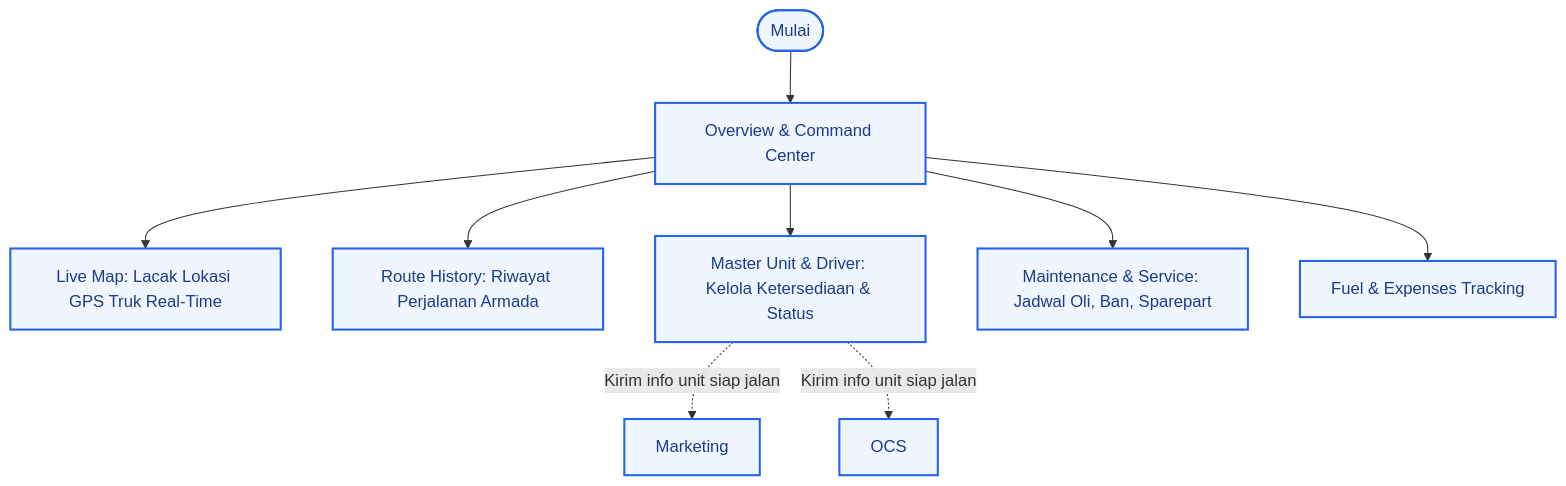
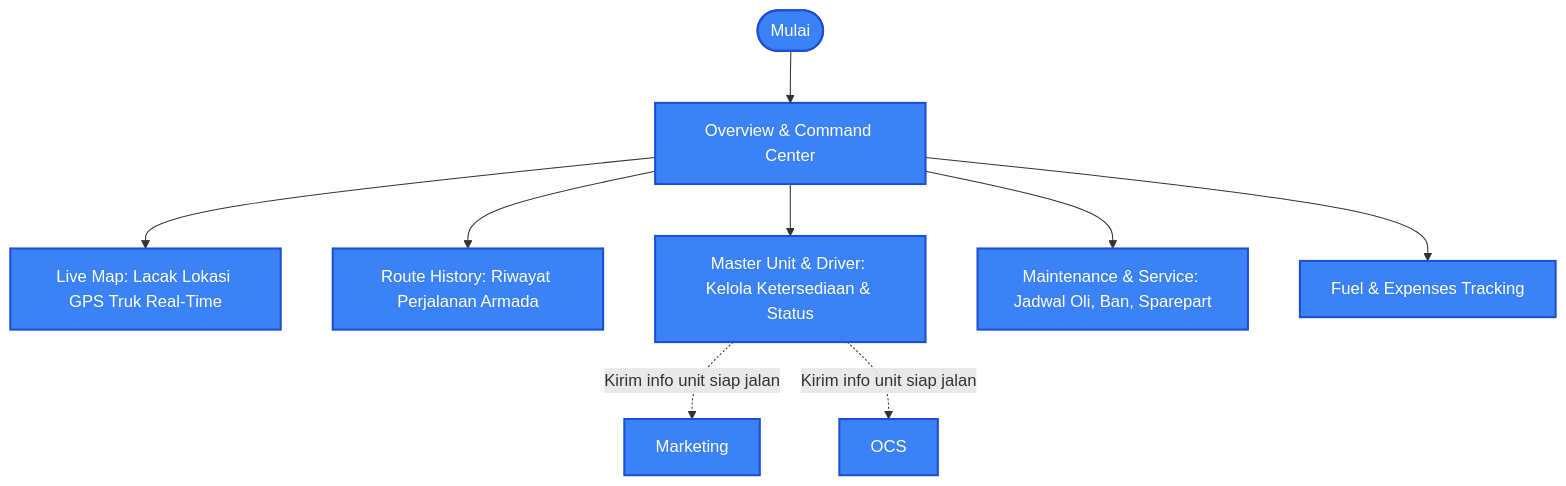
Before and after one commit to itbcslogistics/erp-documentation: the sixth of 6 diagrams in docs/alur_bisnis.md, drawn with Mermaid. The commit also changed other lines of this file, not shown here.

Commit message:
Fix text visibility in dark mode by using rich vibrant solid background colors and forcing white text inside flowchart nodes

````diff
--- a/docs/alur_bisnis.md
+++ b/docs/alur_bisnis.md
@@ -232,17 +232,17 @@
 ```mermaid
 flowchart TD
     Start(["Mulai"]) --> D1["Overview & Command Center"]
     D1 --> D2["Live Map: Lacak Lokasi GPS Truk Real-Time"]
     D1 --> D3["Route History: Riwayat Perjalanan Armada"]
     D1 --> D4["Master Unit & Driver: Kelola Ketersediaan & Status"]
     D1 --> D5["Maintenance & Service: Jadwal Oli, Ban, Sparepart"]
     D1 --> D6["Fuel & Expenses Tracking"]
 
     %% Hubungan ke modul lain
     D4 -.->|"Kirim info unit siap jalan"| Marketing["Marketing"]
     D4 -.->|"Kirim info unit siap jalan"| OCS["OCS"]
 
     %% Styling
-    classDef fms fill:#eff6ff,stroke:#2563eb,stroke-width:2px,color:#1e3a8a
+    classDef fms fill:#3b82f6,stroke:#1d4ed8,stroke-width:2px,color:#ffffff
     class Start,D1,D2,D3,D4,D5,D6,Marketing,OCS fms
 ```
````
